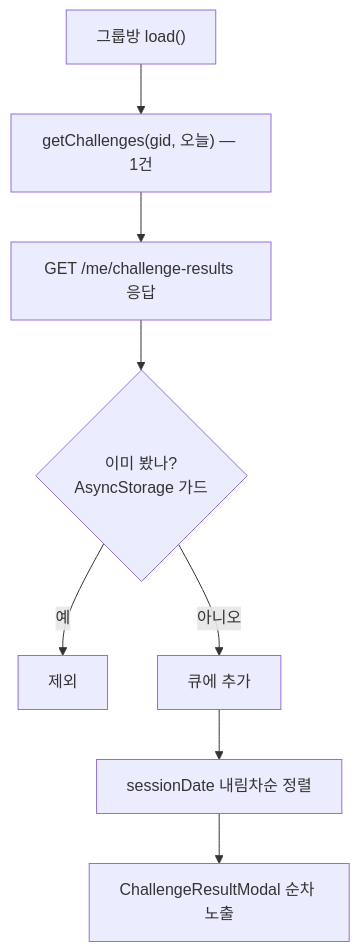
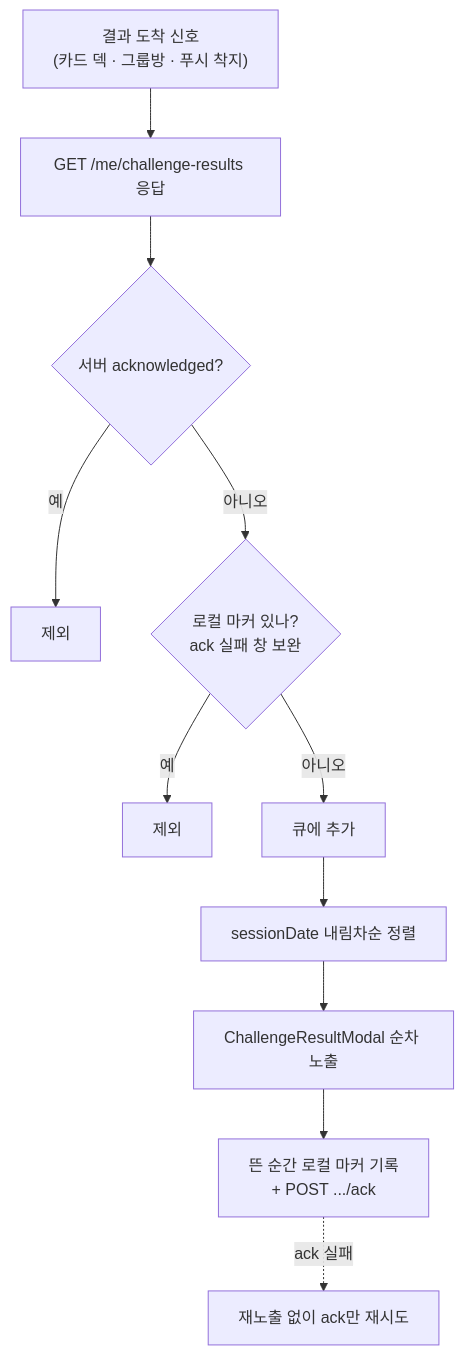
Before and after one commit to OneOrThree/phone: the ninth of 11 diagrams in docs/prd/challenge/information-architecture.md, drawn with Mermaid. The commit also changed other lines of this file and 6 other files, not shown here.

````diff
--- a/docs/prd/challenge/information-architecture.md
+++ b/docs/prd/challenge/information-architecture.md
@@ -418,10 +440,13 @@
 ```mermaid
 flowchart TB
-    L["그룹방 load()"] --> Q["getChallenges(gid, 오늘) — 1건"]
-    Q --> P["GET /me/challenge-results 응답"]
-    P --> F2{"이미 봤나?<br/>AsyncStorage 가드"}
+    L["결과 도착 신호<br/>(카드 덱 · 그룹방 · 푸시 착지)"] --> P["GET /me/challenge-results 응답"]
+    P --> F1{"서버 acknowledged?"}
+    F1 -->|예| X1["제외"]
+    F1 -->|아니오| F2{"로컬 마커 있나?<br/>ack 실패 창 보완"}
     F2 -->|예| X2["제외"]
     F2 -->|아니오| Q2["큐에 추가"]
     Q2 --> S["sessionDate 내림차순 정렬"]
     S --> M["ChallengeResultModal 순차 노출"]
+    M --> A["뜬 순간 로컬 마커 기록<br/>+ POST .../ack"]
+    A -.->|"ack 실패"| R["재노출 없이 ack만 재시도"]
 ```
````
